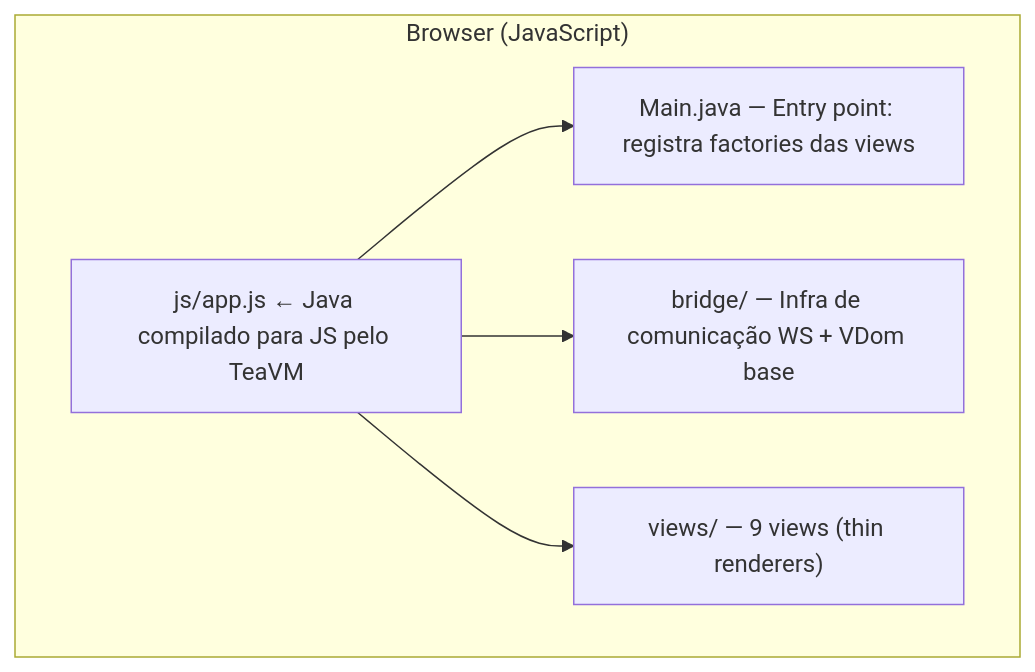
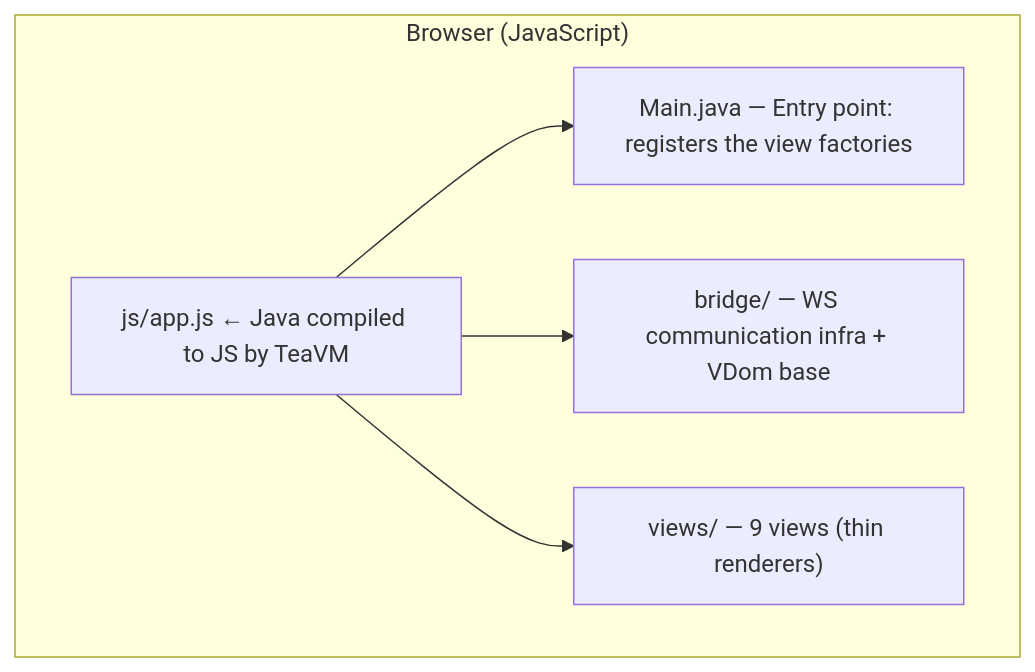
The first of 4 diagrams in fontes/br.com.wdc.shopping/br.com.wdc.shopping.view.remote/remote.shell.teavm/README.md (mrcdom/wdc-cube-java-v2), drawn with Mermaid before and after one commit. The commit also changed other lines of this file and 69 other files, not shown here.

````diff
--- a/fontes/br.com.wdc.shopping/br.com.wdc.shopping.view.remote/remote.shell.teavm/README.md
+++ b/fontes/br.com.wdc.shopping/br.com.wdc.shopping.view.remote/remote.shell.teavm/README.md
@@ -13,12 +13,12 @@
 ```mermaid
 graph TD
     subgraph browser["Browser (JavaScript)"]
-        main["js/app.js ← Java compilado para JS pelo TeaVM"]
-        mainClass["Main.java — Entry point: registra factories das views"]
-        bridge["bridge/ — Infra de comunicação WS + VDom base"]
+        main["js/app.js ← Java compiled to JS by TeaVM"]
+        mainClass["Main.java — Entry point: registers the view factories"]
+        bridge["bridge/ — WS communication infra + VDom base"]
         views["views/ — 9 views (thin renderers)"]
         main --> mainClass
         main --> bridge
         main --> views
     end
 ```
````
